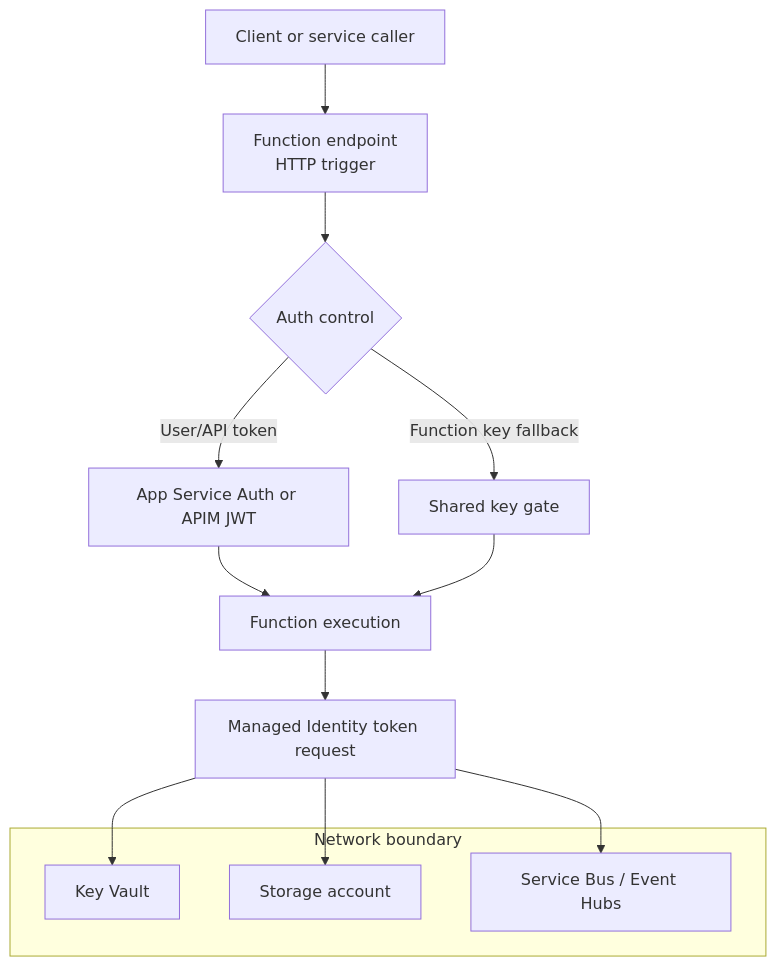
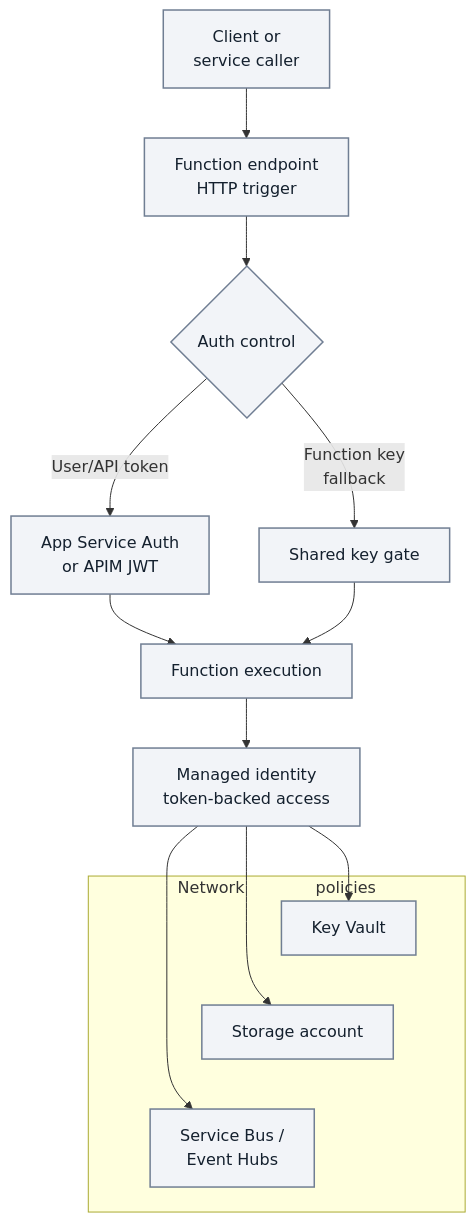
The second of 2 diagrams in docs/best-practices/security.md (yeongseon/azure-functions-practical-guide), drawn with Mermaid before and after one commit. The commit also changed other lines of this file, not shown here.

First line of the commit message:
docs(diagrams): clarify security controls and rotation flow

````diff
--- a/docs/best-practices/security.md
+++ b/docs/best-practices/security.md
@@ -334,18 +339,25 @@
 ```mermaid
 flowchart TD
-    Caller[Client or service caller] --> Ingress[Function endpoint\nHTTP trigger]
+    accTitle: HTTP security controls and dependency identity
+    accDescr: Conceptual relationship map, not a network route or token protocol. Token and shared-key controls lead to function execution; managed identity supports access to Key Vault, Storage, Service Bus and Event Hubs. The dependency group denotes policy scope, not VNet containment.
+    Caller["Client or<br/>service caller"] --> Ingress["Function endpoint<br/>HTTP trigger"]
     Ingress --> Auth{Auth control}
-    Auth -->|"User/API token"| AppAuth[App Service Auth or APIM JWT]
-    Auth -->|Function key fallback| KeyGate[Shared key gate]
+    Auth -->|"User/API token"| AppAuth["App Service Auth<br/>or APIM JWT"]
+    Auth -->|"Function key<br/>fallback"| KeyGate["Shared key gate"]
     AppAuth --> Code[Function execution]
     KeyGate --> Code
-    Code --> MI[Managed Identity token request]
+    Code --> MI["Managed identity<br/>token-backed access"]
     MI --> KV[Key Vault]
     MI --> ST[Storage account]
-    MI --> SB["Service Bus / Event Hubs"]
-    subgraph NetworkBoundary[Network boundary]
+    MI --> SB["Service Bus /<br/>Event Hubs"]
+    subgraph NetworkBoundary["Network &nbsp;&nbsp;&nbsp;&nbsp;&nbsp;&nbsp;&nbsp;&nbsp;&nbsp;&nbsp;&nbsp;&nbsp; policies"]
         KV
         ST
         SB
     end
+    %% Layout-only links tier the dependency list; no extra steps or semantic arrows.
+    KV ~~~ ST
+    ST ~~~ SB
+    classDef baseNeutral fill:#f2f4f8,stroke:#707e93,stroke-width:1.5px,color:#14202e;
+    class Caller,Ingress,Auth,AppAuth,KeyGate,Code,MI,KV,ST,SB baseNeutral;
 ```
````
